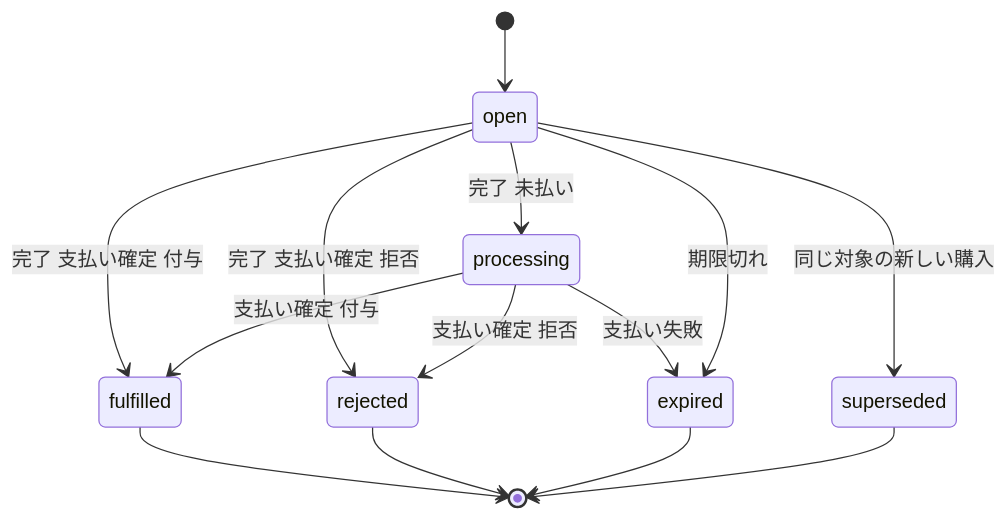
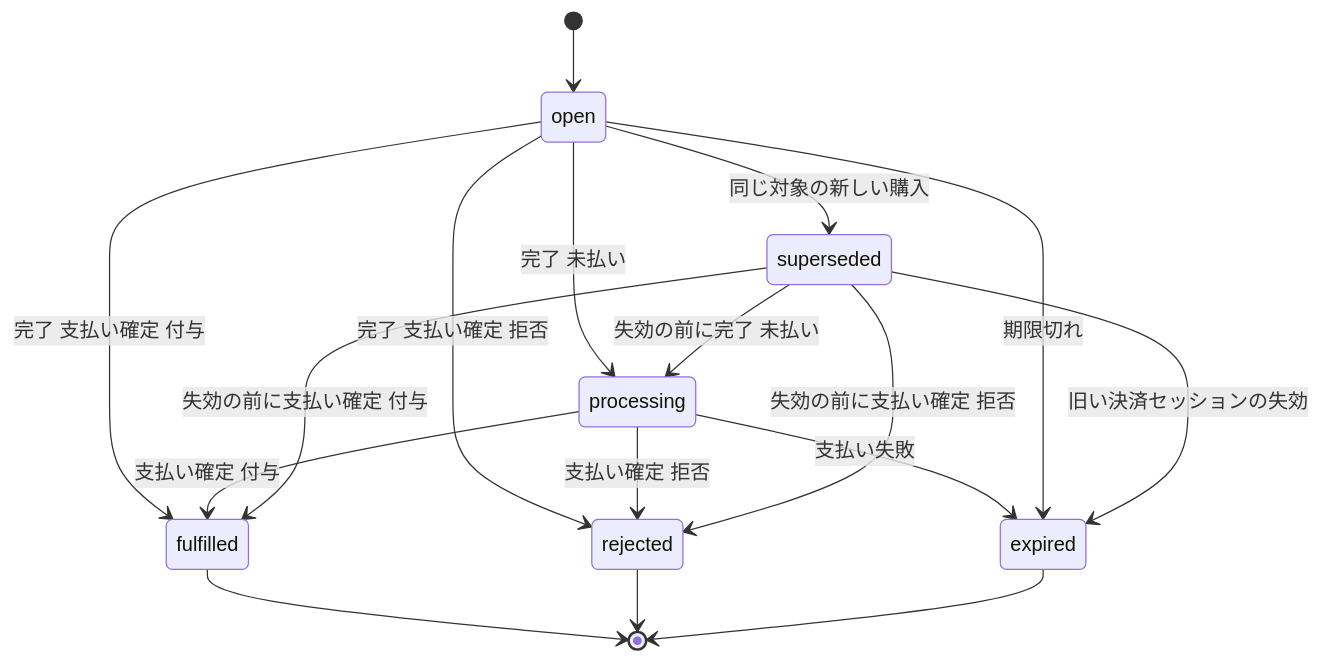
Before and after one commit to kurachiweb/genai-example-2-launch-platform: the third of 5 diagrams in .kiro/specs/payments/design.md, drawn with Mermaid. The commit also changed other lines of this file and 26 other files, not shown here.

````diff
--- a/.kiro/specs/payments/design.md
+++ b/.kiro/specs/payments/design.md
@@ -381,16 +382,19 @@
 ```mermaid
 stateDiagram-v2
     [*] --> open
     open --> processing: 完了 未払い
     open --> fulfilled: 完了 支払い確定 付与
     open --> rejected: 完了 支払い確定 拒否
     processing --> fulfilled: 支払い確定 付与
     processing --> rejected: 支払い確定 拒否
     processing --> expired: 支払い失敗
     open --> expired: 期限切れ
     open --> superseded: 同じ対象の新しい購入
+    superseded --> processing: 失効の前に完了 未払い
+    superseded --> fulfilled: 失効の前に支払い確定 付与
+    superseded --> rejected: 失効の前に支払い確定 拒否
+    superseded --> expired: 旧い決済セッションの失効
     fulfilled --> [*]
     rejected --> [*]
     expired --> [*]
-    superseded --> [*]
 ```
````
